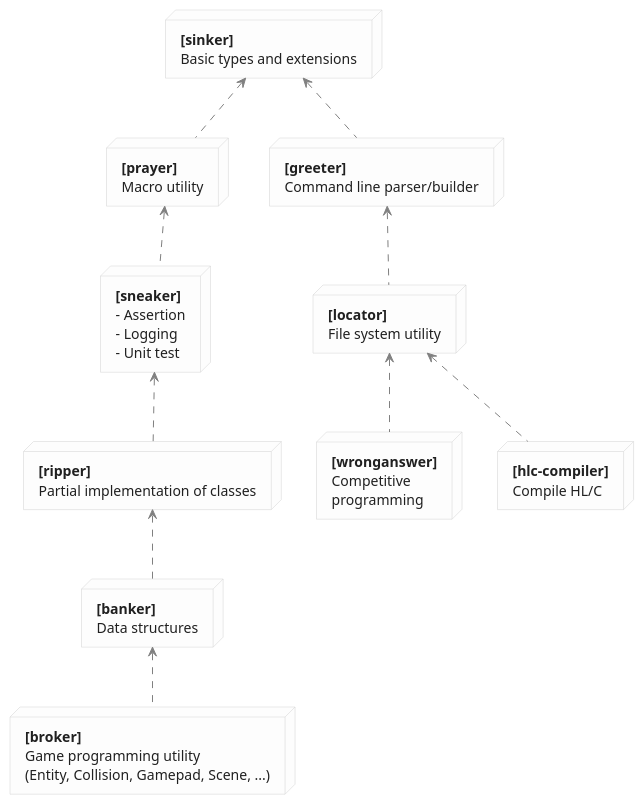
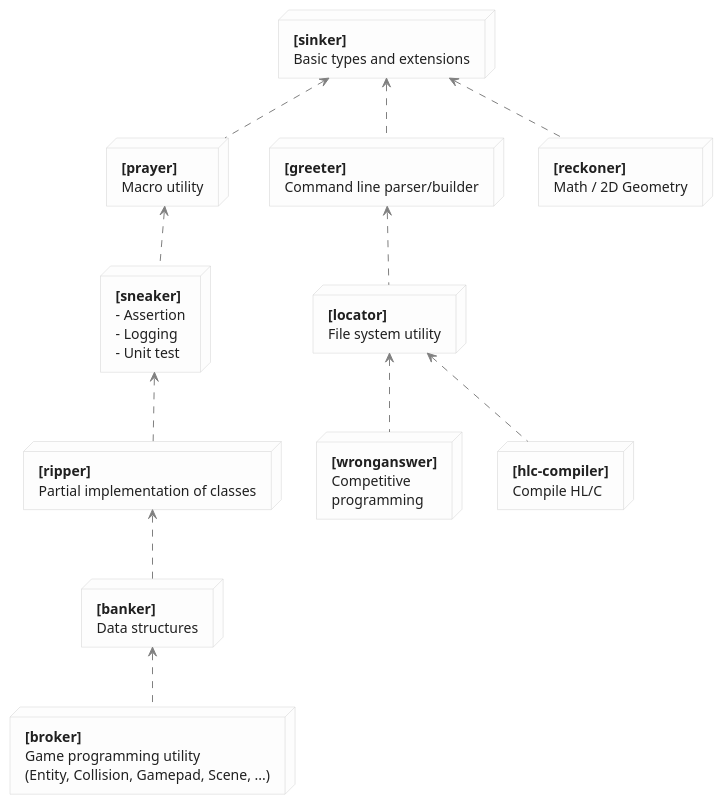
Before and after one commit to fal-works/fal-haxe-libraries: the diagram in diagram.puml, drawn with PlantUML. The commit also changed 2 other files, not shown here.

Commit message:
add reckoner

```diff
--- a/diagram.puml
+++ b/diagram.puml
@@ -1,86 +1,93 @@
 @startuml diagram
 
 ' ---- (style) --------------------------------
 
 skinparam shadowing false
 skinparam backgroundColor White
 skinparam node {
   BackgroundColor #FDFDFD
   BorderColor #D0D0D0
   FontColor #202020
 }
 skinparam ArrowColor #808080
 skinparam note {
   BackgroundColor White
   FontColor #606060
   BorderColor #C0C0C0
 }
 
 ' ---- (diagram) ------------------------------
 
 node sinker [
   **[sinker]**
   Basic types and extensions
 ]
 
 node prayer [
   **[prayer]**
   Macro utility
 ]
 
 node sneaker [
   **[sneaker]**
   - Assertion
   - Logging
   - Unit test
 ]
 
 node ripper [
   **[ripper]**
   Partial implementation of classes
 ]
 
 node banker [
   **[banker]**
   Data structures
 ]
 
 node broker [
   **[broker]**
   Game programming utility
   (Entity, Collision, Gamepad, Scene, ...)
 ]
 
 node greeter [
   **[greeter]**
   Command line parser/builder
 ]
 
 node locator [
   **[locator]**
   File system utility
 ]
 
 node wronganswer [
   **[wronganswer]**
   Competitive
   programming
 ]
 
 node hlc_compiler [
   **[hlc-compiler]**
   Compile HL/C
 ]
 
+node reckoner [
+  **[reckoner]**
+  Math / 2D Geometry
+]
+
 sinker <.. prayer
 prayer <.. sneaker
 sneaker <.. ripper
 ripper <.. banker
 banker <.. broker
 
 sinker <.. greeter
 greeter <.. locator
 locator <.. wronganswer
 locator <.. hlc_compiler
 
+sinker <.. reckoner
+
 @enduml
```
